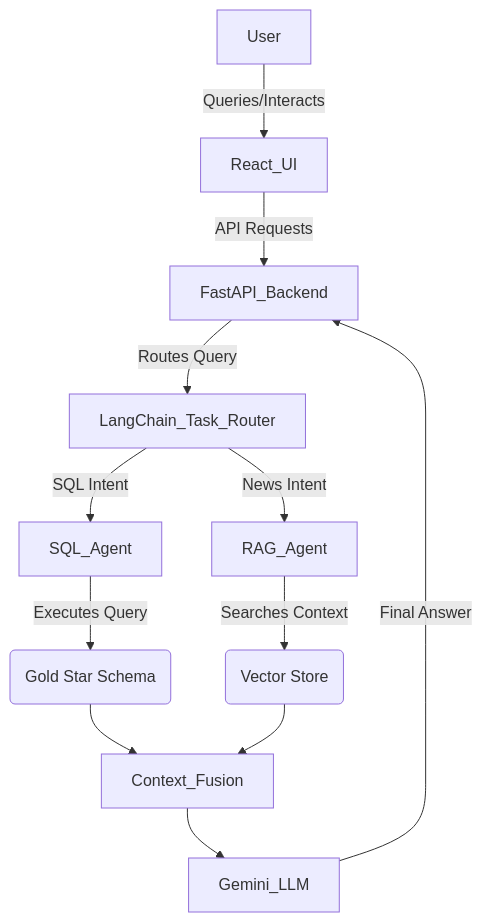
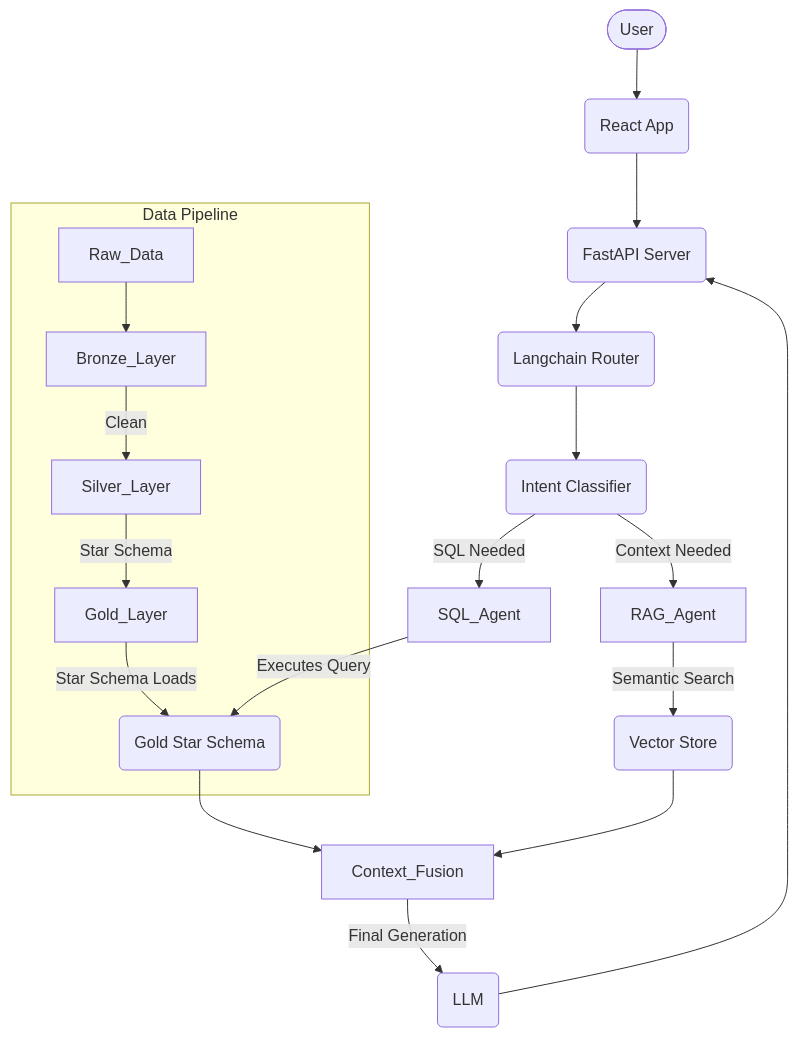
One commit to sayalisss7/Matrica changed the first of 2 diagrams in docs/Architecture.md. Above: the diagram before and after it, drawn with Mermaid. The commit also changed other lines of this file and 27 other files, not shown here.

Commit message:
Refactor to Postgres Medallion architecture, migrate to Groq LLM, and update RAG to HuggingFace

````diff
--- a/docs/Architecture.md
+++ b/docs/Architecture.md
@@ -4,17 +4,26 @@
 ```mermaid
-graph TD;
-    User-->|Queries/Interacts| React_UI;
-    React_UI-->|API Requests| FastAPI_Backend;
-    FastAPI_Backend-->|Routes Query| LangChain_Task_Router;
+graph TD
+    User([User]) --> Frontend(React App);
+    Frontend --> Backend_API(FastAPI Server);
+    Backend_API --> Task_Router(Langchain Router);
     
-    LangChain_Task_Router-->|SQL Intent| SQL_Agent;
-    LangChain_Task_Router-->|News Intent| RAG_Agent;
+    Task_Router --> Intent_Agent(Intent Classifier);
+    Intent_Agent -->|SQL Needed| SQL_Agent;
+    Intent_Agent -->|Context Needed| RAG_Agent;
     
-    SQL_Agent-->|Executes Query| SQLite_DB(Gold Star Schema);
-    RAG_Agent-->|Searches Context| ChromaDB(Vector Store);
+    SQL_Agent-->|Executes Query| Postgres_DB(Gold Star Schema);
+    RAG_Agent-->|Semantic Search| ChromaDB(Vector Store);
     
-    SQLite_DB-->Context_Fusion;
+    Postgres_DB-->Context_Fusion;
     ChromaDB-->Context_Fusion;
-    Context_Fusion-->Gemini_LLM;
-    Gemini_LLM-->|Final Answer| FastAPI_Backend;
+    
+    Context_Fusion-->|Final Generation| Gemini(LLM);
+    Gemini-->Backend_API;
+
+    subgraph Data Pipeline
+    Raw_Data-->Bronze_Layer;
+    Bronze_Layer-->|Clean| Silver_Layer;
+    Silver_Layer-->|Star Schema| Gold_Layer;
+    Gold_Layer-->|Star Schema Loads| Postgres_DB;
+    end
 ```
````
